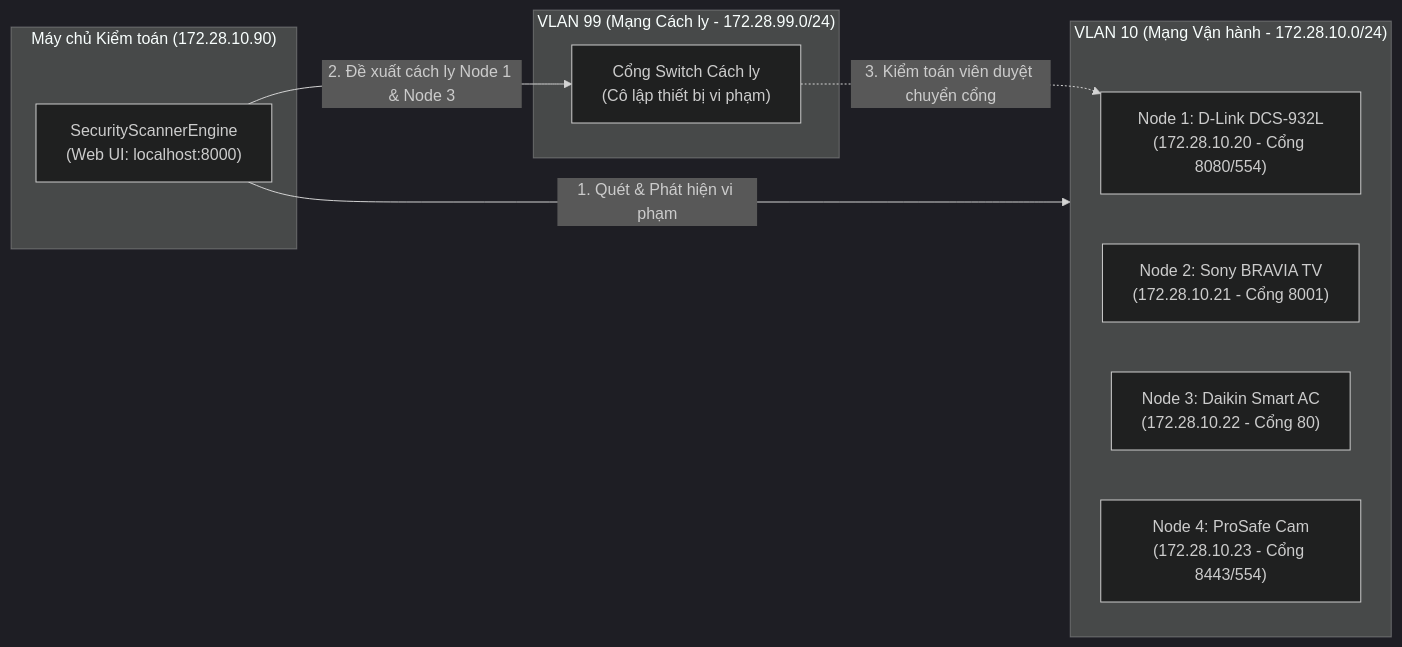
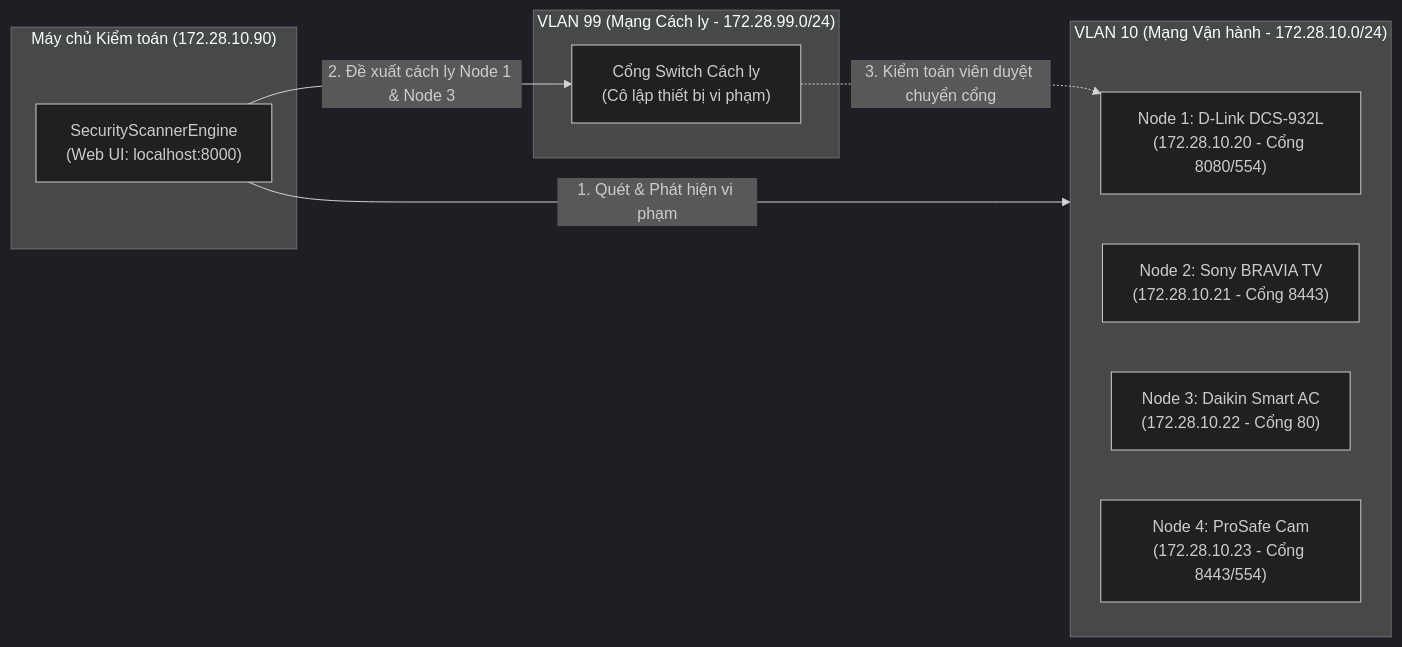
Before and after one commit to limasite48/iot-system_it6027: the seventh of 7 diagrams in _antigravity/report_draft.md, drawn with Mermaid (dark theme). The commit also changed other lines of this file and 33 other files, not shown here.

````diff
--- a/_antigravity/report_draft.md
+++ b/_antigravity/report_draft.md
@@ -418,21 +418,21 @@
 ```mermaid
 flowchart LR
     subgraph VLAN10["VLAN 10 (Mạng Vận hành - 172.28.10.0/24)"]
         Cam1["Node 1: D-Link DCS-932L\n(172.28.10.20 - Cổng 8080/554)"]
-        TV2["Node 2: Sony BRAVIA TV\n(172.28.10.21 - Cổng 8001)"]
+        TV2["Node 2: Sony BRAVIA TV\n(172.28.10.21 - Cổng 8443)"]
         AC3["Node 3: Daikin Smart AC\n(172.28.10.22 - Cổng 80)"]
         Cam4["Node 4: ProSafe Cam\n(172.28.10.23 - Cổng 8443/554)"]
     end
 
     subgraph Scanner["Máy chủ Kiểm toán (172.28.10.90)"]
         Engine["SecurityScannerEngine\n(Web UI: localhost:8000)"]
     end
 
     subgraph VLAN99["VLAN 99 (Mạng Cách ly - 172.28.99.0/24)"]
         QuarantineNode["Cổng Switch Cách ly\n(Cô lập thiết bị vi phạm)"]
     end
 
     Engine -->|1. Quét & Phát hiện vi phạm| VLAN10
     Engine -->|2. Đề xuất cách ly Node 1 & Node 3| QuarantineNode
     QuarantineNode -.->|3. Kiểm toán viên duyệt chuyển cổng| Cam1
 ```
````
